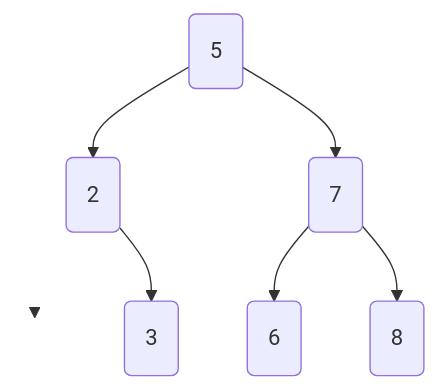
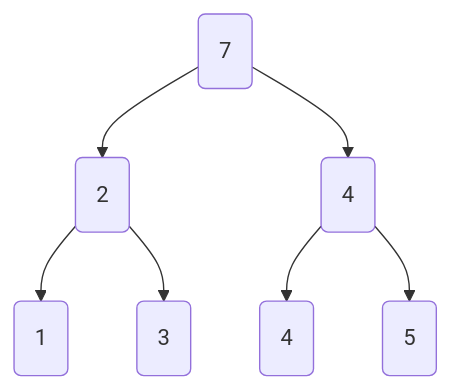
The second of 4 diagrams in site/StructureDonnees/test/test.md (nsimeyroneinc/NSITerm2024), drawn with Mermaid before and after one commit. The commit also changed other lines of this file and 287 other files, not shown here.

````diff
--- a/site/StructureDonnees/test/test.md
+++ b/site/StructureDonnees/test/test.md
@@ -2,11 +20,9 @@
 ```mermaid
 graph TD
-    A(5) --> B(2) 
-    B --> D(" ")
+    A(7) --> B(2) 
+    B --> D(1)
     B --> E(3)
-    A --> C(7)
-    C --> F(6)
-    C --> G(8)
-    linkStyle 1 stroke-width:0px;
-    style D opacity:0;
+    A --> C(4)
+    C --> F(4)
+    C --> G(5)
 ```
````
